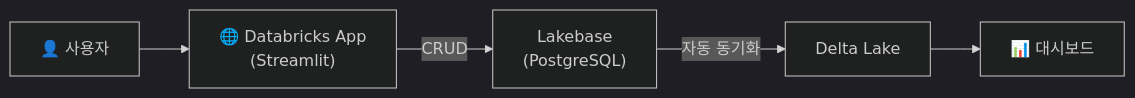
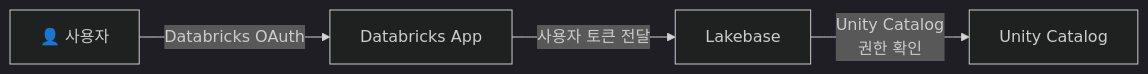
One commit to SimyungYang/simyung-dbx-training changed the second of 2 diagrams in 11-lakebase/lakebase-with-apps.md. Above: the diagram before and after it, drawn with Mermaid (dark theme). The commit also changed other lines of this file and 37 other files, not shown here.

````diff
--- a/11-lakebase/lakebase-with-apps.md
+++ b/11-lakebase/lakebase-with-apps.md
@@ -7,7 +359,6 @@
 ```mermaid
 graph LR
-    U["👤 사용자"] --> APP["🌐 Databricks App<br/>(Streamlit)"]
-    APP -->|"CRUD"| LB["Lakebase<br/>(PostgreSQL)"]
-    LB -->|"자동 동기화"| DL["Delta Lake"]
-    DL --> DASH["📊 대시보드"]
+    USER["👤 사용자"] -->|"Databricks OAuth"| APP["Databricks App"]
+    APP -->|"사용자 토큰 전달"| LB["Lakebase"]
+    LB -->|"Unity Catalog<br/>권한 확인"| UC["Unity Catalog"]
 ```
````
